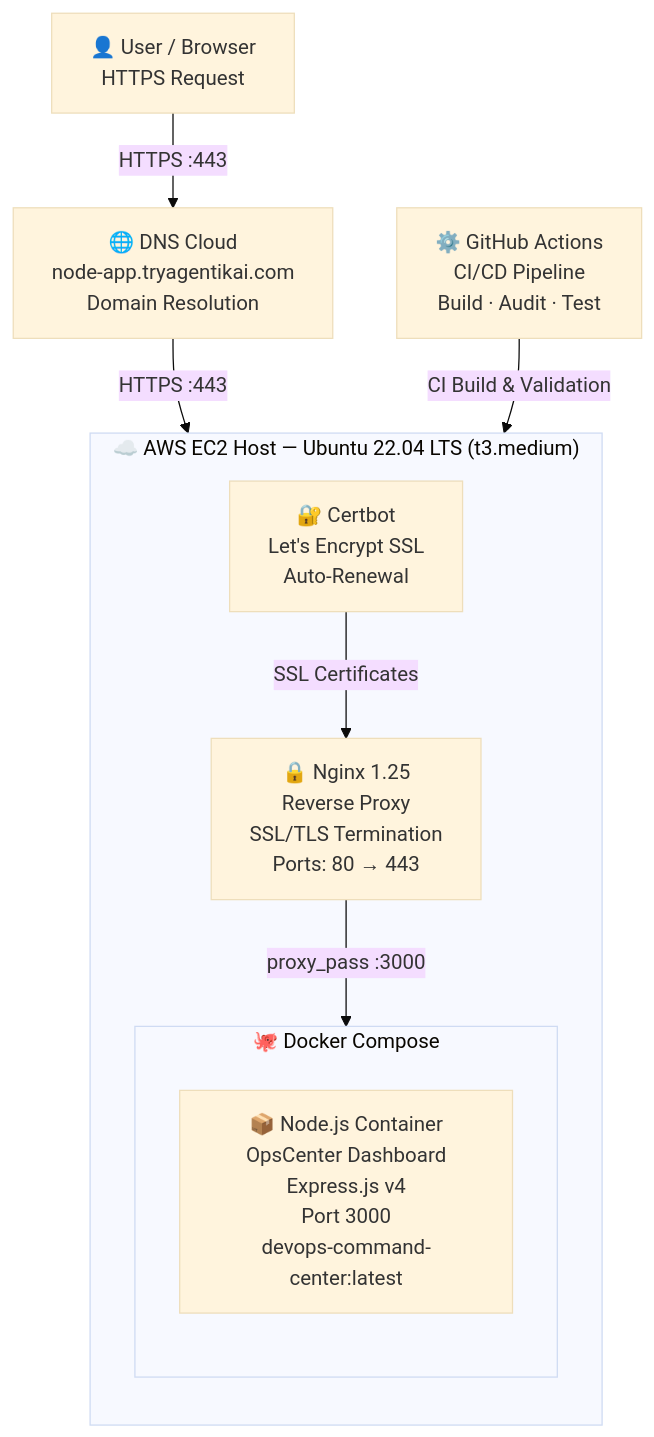
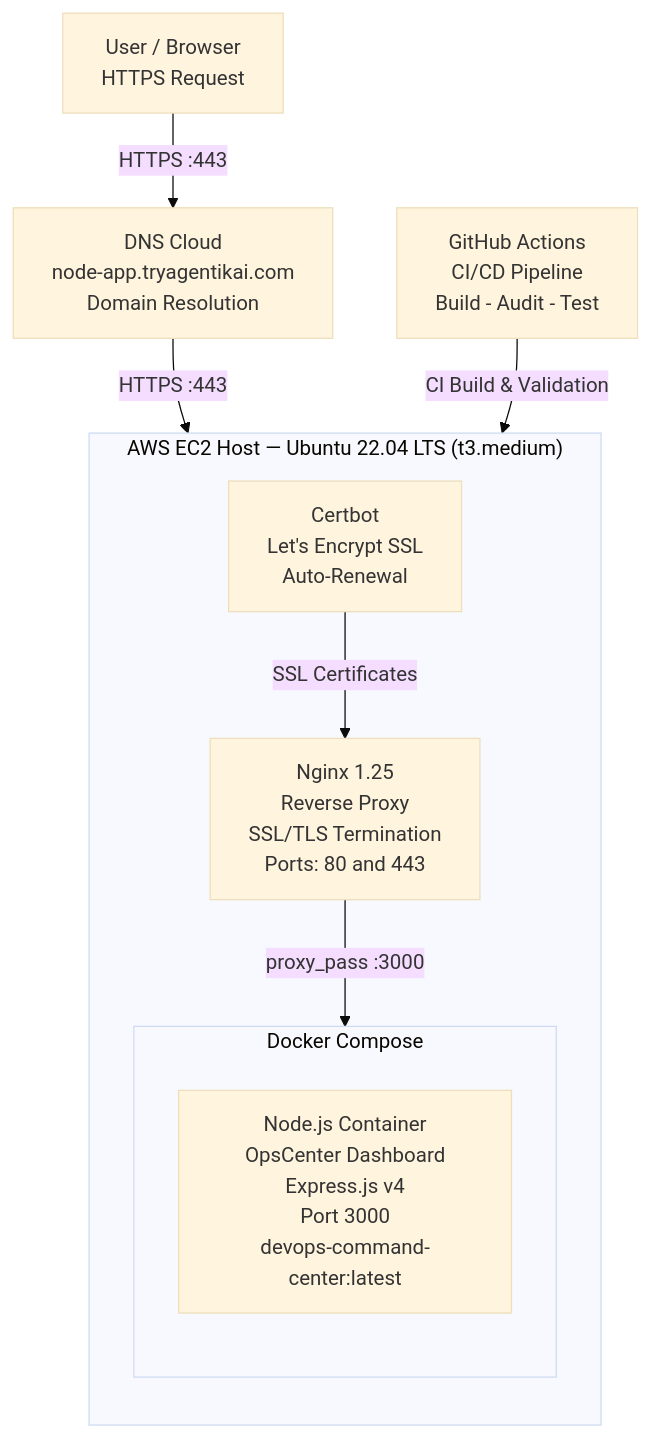
One commit to Harshit-Evalutation/node-web-app changed the first of 5 diagrams in docs/architecture.md. Above: the diagram before and after it, drawn with Mermaid (base theme). The commit also changed other lines of this file and 6 other files, not shown here.

````diff
--- a/docs/architecture.md
+++ b/docs/architecture.md
@@ -23,23 +26,23 @@
 ```mermaid
 graph TB
-    User["👤 User / Browser<br/>HTTPS Request"]
-    DNS["🌐 DNS Cloud<br/>node-app.tryagentikai.com<br/>Domain Resolution"]
-    GHA["⚙️ GitHub Actions<br/>CI/CD Pipeline<br/>Build · Audit · Test"]
+    User["User / Browser<br/>HTTPS Request"]
+    DNS["DNS Cloud<br/>node-app.tryagentikai.com<br/>Domain Resolution"]
+    GHA["GitHub Actions<br/>CI/CD Pipeline<br/>Build - Audit - Test"]
 
-    subgraph EC2["☁️ AWS EC2 Host — Ubuntu 22.04 LTS (t3.medium)"]
+    subgraph EC2["AWS EC2 Host — Ubuntu 22.04 LTS (t3.medium)"]
         direction TB
-        Nginx["🔒 Nginx 1.25<br/>Reverse Proxy<br/>SSL/TLS Termination<br/>Ports: 80 → 443"]
-        Certbot["🔐 Certbot<br/>Let's Encrypt SSL<br/>Auto-Renewal"]
+        Nginx["Nginx 1.25<br/>Reverse Proxy<br/>SSL/TLS Termination<br/>Ports: 80 and 443"]
+        Certbot["Certbot<br/>Let's Encrypt SSL<br/>Auto-Renewal"]
 
-        subgraph DC["🐙 Docker Compose"]
+        subgraph DC["Docker Compose"]
             direction TB
-            NodeApp["📦 Node.js Container<br/>OpsCenter Dashboard<br/>Express.js v4<br/>Port 3000<br/>devops-command-center:latest"]
+            NodeApp["Node.js Container<br/>OpsCenter Dashboard<br/>Express.js v4<br/>Port 3000<br/>devops-command-center:latest"]
         end
     end
 
     User -->|"HTTPS :443"| DNS
     DNS -->|"HTTPS :443"| EC2
     GHA -->|"CI Build & Validation"| EC2
     Nginx -->|"proxy_pass :3000"| NodeApp
     Certbot -->|"SSL Certificates"| Nginx
 ```
````
